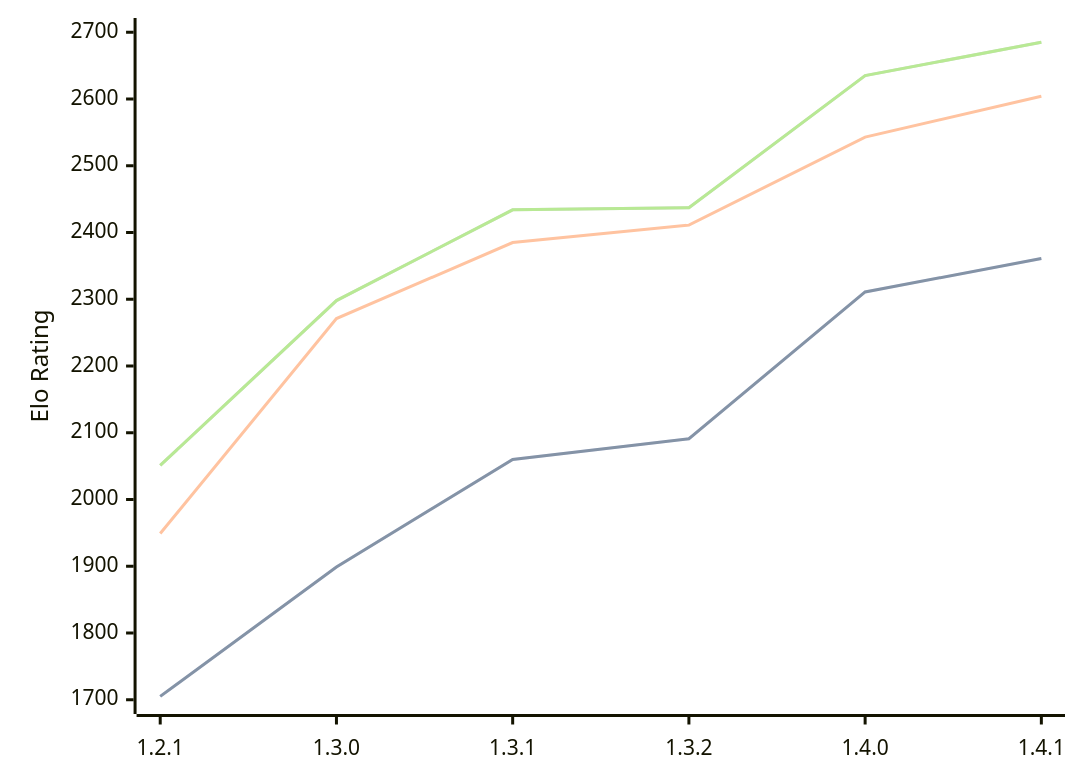
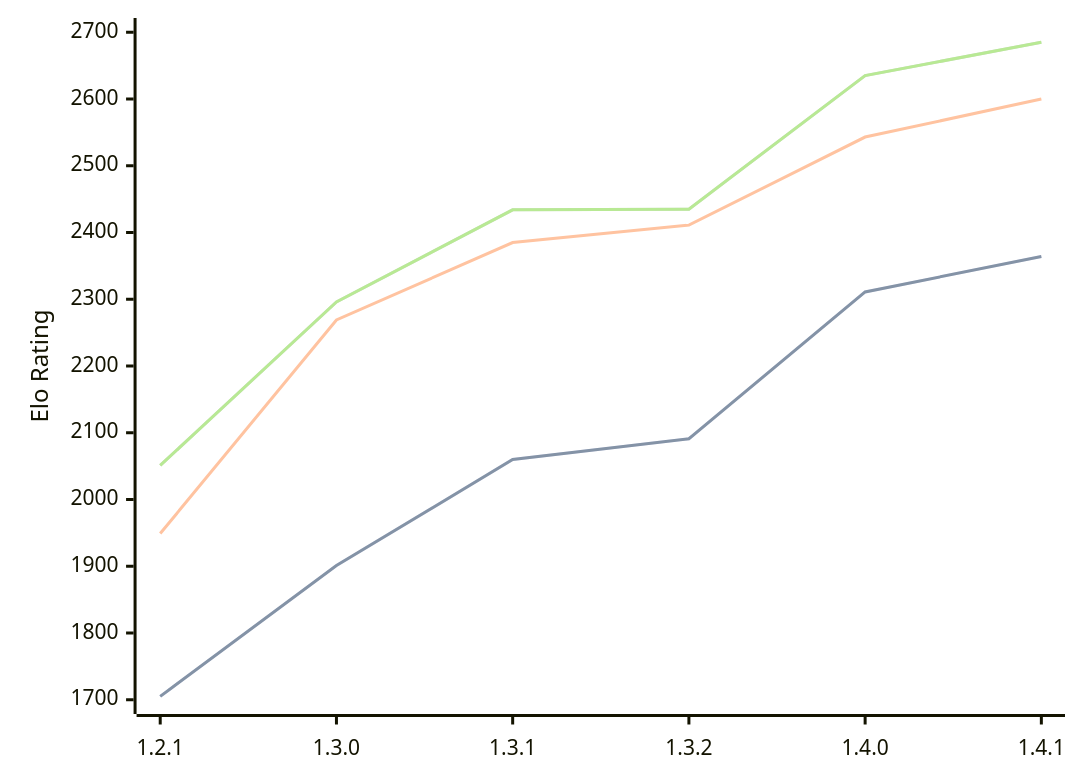
One commit to computer-chess-index/cci changed the diagram in engines/Chal.md. Above: the diagram before and after it, drawn with Mermaid. The commit also changed other lines of this file, not shown here.

Commit message:
Update CCI Ratings (ELO VLTC) - 2026-05-13

````diff
--- a/engines/Chal.md
+++ b/engines/Chal.md
@@ -39,11 +39,11 @@
 ```mermaid
 %%{init: {"theme":"base","themeVariables":{"seriesColors:['#a3a3a3','#222221','#faa371']}}}%%
 xychart-beta
   x-axis ["1.2.1", "1.3.0", "1.3.1", "1.3.2", "1.4.0", "1.4.1"]
   y-axis "Elo Rating" 1700 --> 2700
-  line "STC (8.0+0.08s)" [1705, 1899, 2060, 2091, 2311, 2361]
-  line "STC (8.0+0.08s)" [1705, 1899, 2060, 2091, 2311, 2361]
-  line "LTC (60.0+0.60s)" [1949, 2271, 2385, 2411, 2543, 2604]
-  line "VLTC (2m24s+1.12s)" [2051, 2298, 2434, 2437, 2635, 2685]
-  line "VLTC (2m24s+1.12s)" [2051, 2298, 2434, 2437, 2635, 2685]
+  line "STC (8.0+0.08s)" [1705, 1901, 2060, 2091, 2311, 2364]
+  line "STC (8.0+0.08s)" [1705, 1901, 2060, 2091, 2311, 2364]
+  line "LTC (60.0+0.60s)" [1949, 2269, 2385, 2411, 2543, 2600]
+  line "VLTC (2m24s+1.12s)" [2051, 2296, 2434, 2435, 2635, 2685]
+  line "VLTC (2m24s+1.12s)" [2051, 2296, 2434, 2435, 2635, 2685]
 ```
````
